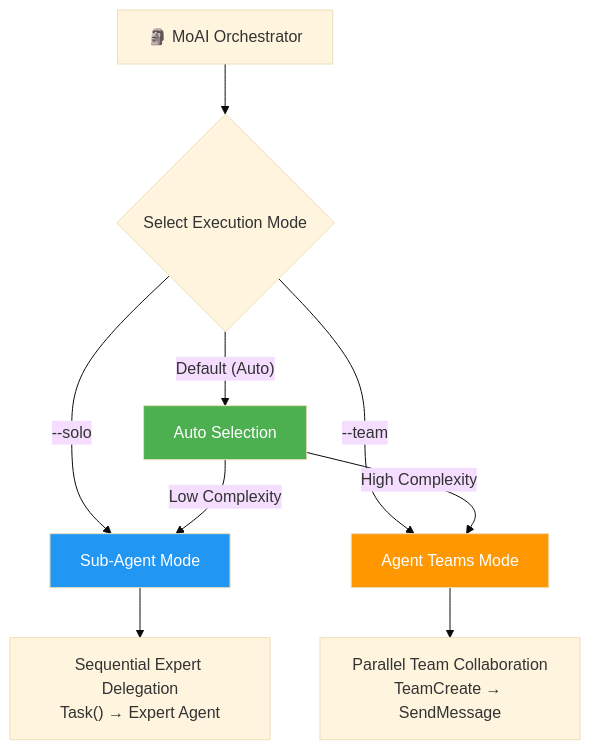
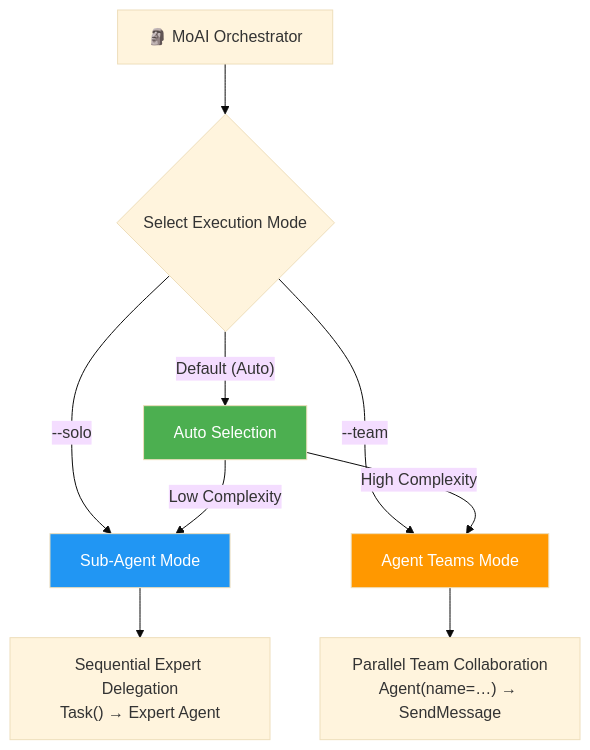
One commit to modu-ai/moai-adk changed the fourth of 10 diagrams in README.md. Above: the diagram before and after it, drawn with Mermaid (base theme). The commit also changed other lines of this file and 57 other files, not shown here.

````diff
--- a/README.md
+++ b/README.md
@@ -390,16 +390,16 @@
 ```mermaid
 graph TD
     A["🗿 MoAI Orchestrator"] --> B{"Select Execution Mode"}
     B -->|"--solo"| C["Sub-Agent Mode"]
     B -->|"--team"| D["Agent Teams Mode"]
     B -->|"Default (Auto)"| E["Auto Selection"]
 
     C --> F["Sequential Expert Delegation<br/>Task() → Expert Agent"]
-    D --> G["Parallel Team Collaboration<br/>TeamCreate → SendMessage"]
+    D --> G["Parallel Team Collaboration<br/>Agent(name=…) → SendMessage"]
     E -->|"High Complexity"| D
     E -->|"Low Complexity"| C
 
     style C fill:#2196F3,color:#fff
     style D fill:#FF9800,color:#fff
     style E fill:#4CAF50,color:#fff
 ```
````
